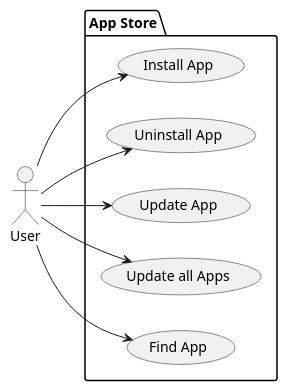
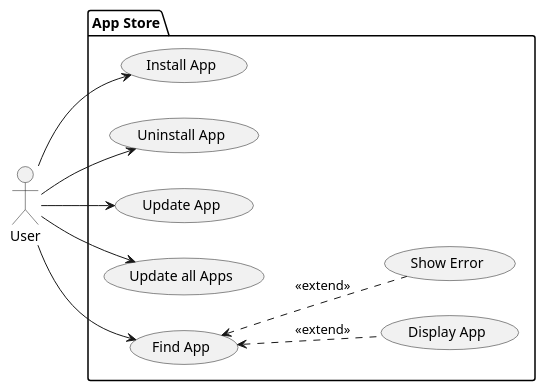
The diagram in src/appstore_usecases.puml (notfirefox/swea-project), drawn with PlantUML before and after one commit. The commit also changed 1 other file, not shown here.

Commit message:
Update use case diagram

```diff
--- a/src/appstore_usecases.puml
+++ b/src/appstore_usecases.puml
@@ -1,21 +1,27 @@
 @startuml
 
 actor User as user
 
 package "App Store" {
     left to right direction
 
     usecase "Install App" as install
     usecase "Uninstall App" as uninstall
     usecase "Update App" as update
     usecase "Update all Apps" as updateAll
     usecase "Find App" as findApp
 
+    usecase "Display App" as displayApp
+    usecase "Show Error" as showError
+
     user -> install
     user --> uninstall
     user --> update
     user --> updateAll
     user --> findApp
+
+    findApp <.. displayApp : <<extend>>
+    findApp <.. showError : <<extend>>
 }
 
 @enduml
```
